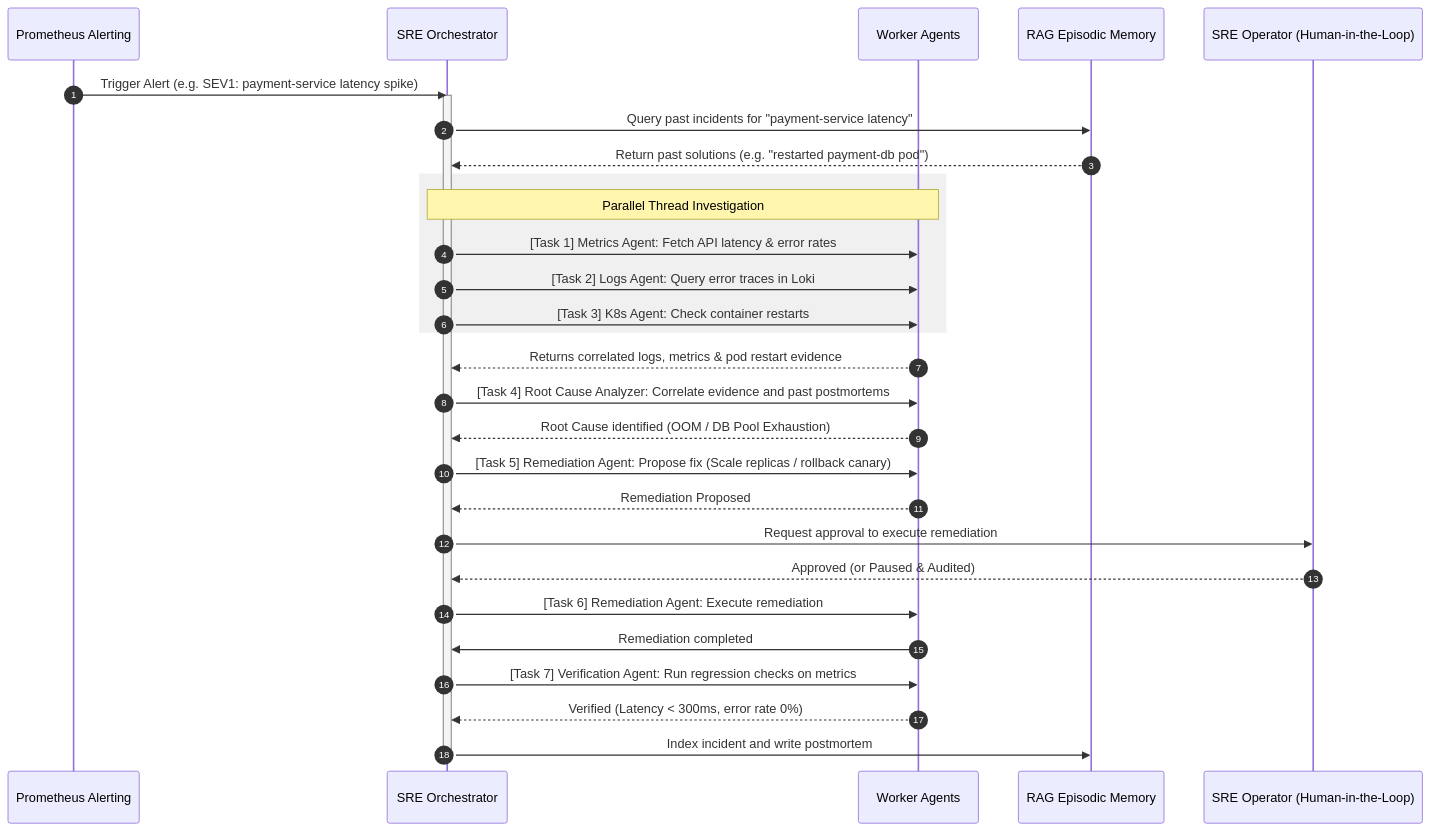
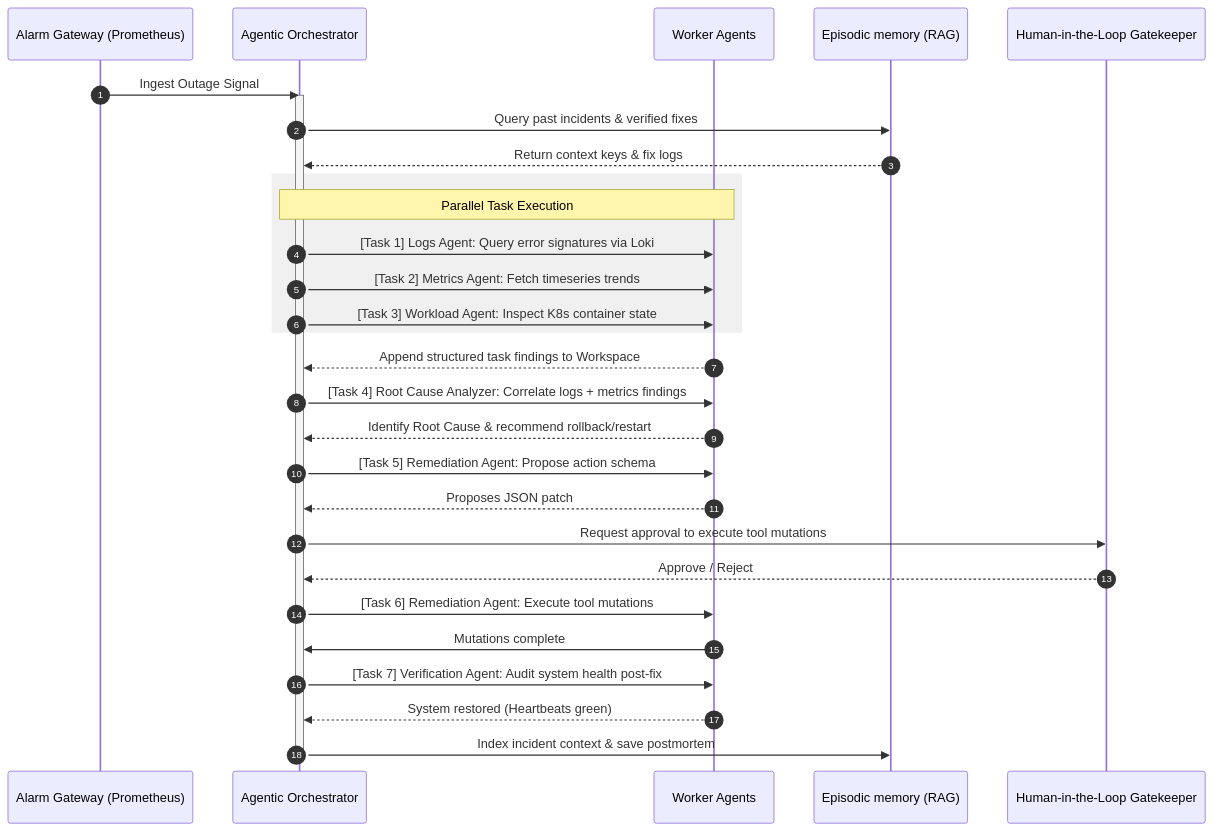
The second of 2 diagrams in README.md (Pavanteja0/aire), drawn with Mermaid before and after one commit. The commit also changed other lines of this file, not shown here.

Commit message:
docs: Reposition platform positioning 100% towards Agentic AI & Swarm Orchestration

````diff
--- a/README.md
+++ b/README.md
@@ -75,41 +76,41 @@
 ```mermaid
 sequenceDiagram
     autonumber
-    participant Alert as Prometheus Alerting
-    participant Orchestrator as SRE Orchestrator
+    participant Alert as Alarm Gateway (Prometheus)
+    participant Orchestrator as Agentic Orchestrator
     participant Swarm as Worker Agents
-    participant Memory as RAG Episodic Memory
-    participant Human as SRE Operator (Human-in-the-Loop)
+    participant Memory as Episodic memory (RAG)
+    participant Human as Human-in-the-Loop Gatekeeper
 
-    Alert->>Orchestrator: Trigger Alert (e.g. SEV1: payment-service latency spike)
+    Alert->>Orchestrator: Ingest Outage Signal
     activate Orchestrator
-    Orchestrator->>Memory: Query past incidents for "payment-service latency"
-    Memory-->>Orchestrator: Return past solutions (e.g. "restarted payment-db pod")
+    Orchestrator->>Memory: Query past incidents & verified fixes
+    Memory-->>Orchestrator: Return context keys & fix logs
     
     rect rgb(240, 240, 240)
-        Note over Orchestrator, Swarm: Parallel Thread Investigation
-        Orchestrator->>Swarm: [Task 1] Metrics Agent: Fetch API latency & error rates
-        Orchestrator->>Swarm: [Task 2] Logs Agent: Query error traces in Loki
-        Orchestrator->>Swarm: [Task 3] K8s Agent: Check container restarts
+        Note over Orchestrator, Swarm: Parallel Task Execution
+        Orchestrator->>Swarm: [Task 1] Logs Agent: Query error signatures via Loki
+        Orchestrator->>Swarm: [Task 2] Metrics Agent: Fetch timeseries trends
+        Orchestrator->>Swarm: [Task 3] Workload Agent: Inspect K8s container state
     end
 
-    Swarm-->>Orchestrator: Returns correlated logs, metrics & pod restart evidence
-    Orchestrator->>Swarm: [Task 4] Root Cause Analyzer: Correlate evidence and past postmortems
-    Swarm-->>Orchestrator: Root Cause identified (OOM / DB Pool Exhaustion)
+    Swarm-->>Orchestrator: Append structured task findings to Workspace
+    Orchestrator->>Swarm: [Task 4] Root Cause Analyzer: Correlate logs + metrics findings
+    Swarm-->>Orchestrator: Identify Root Cause & recommend rollback/restart
     
-    Orchestrator->>Swarm: [Task 5] Remediation Agent: Propose fix (Scale replicas / rollback canary)
-    Swarm-->>Orchestrator: Remediation Proposed
+    Orchestrator->>Swarm: [Task 5] Remediation Agent: Propose action schema
+    Swarm-->>Orchestrator: Proposes JSON patch
 
     %% Human in the loop gate
-    Orchestrator->>Human: Request approval to execute remediation
-    Human-->>Orchestrator: Approved (or Paused & Audited)
+    Orchestrator->>Human: Request approval to execute tool mutations
+    Human-->>Orchestrator: Approve / Reject
 
-    Orchestrator->>Swarm: [Task 6] Remediation Agent: Execute remediation
-    Swarm->>Orchestrator: Remediation completed
+    Orchestrator->>Swarm: [Task 6] Remediation Agent: Execute tool mutations
+    Swarm->>Orchestrator: Mutations complete
     
-    Orchestrator->>Swarm: [Task 7] Verification Agent: Run regression checks on metrics
-    Swarm-->>Orchestrator: Verified (Latency < 300ms, error rate 0%)
+    Orchestrator->>Swarm: [Task 7] Verification Agent: Audit system health post-fix
+    Swarm-->>Orchestrator: System restored (Heartbeats green)
     
-    Orchestrator->>Memory: Index incident and write postmortem
+    Orchestrator->>Memory: Index incident context & save postmortem
     deactivate Orchestrator
 ```
````
